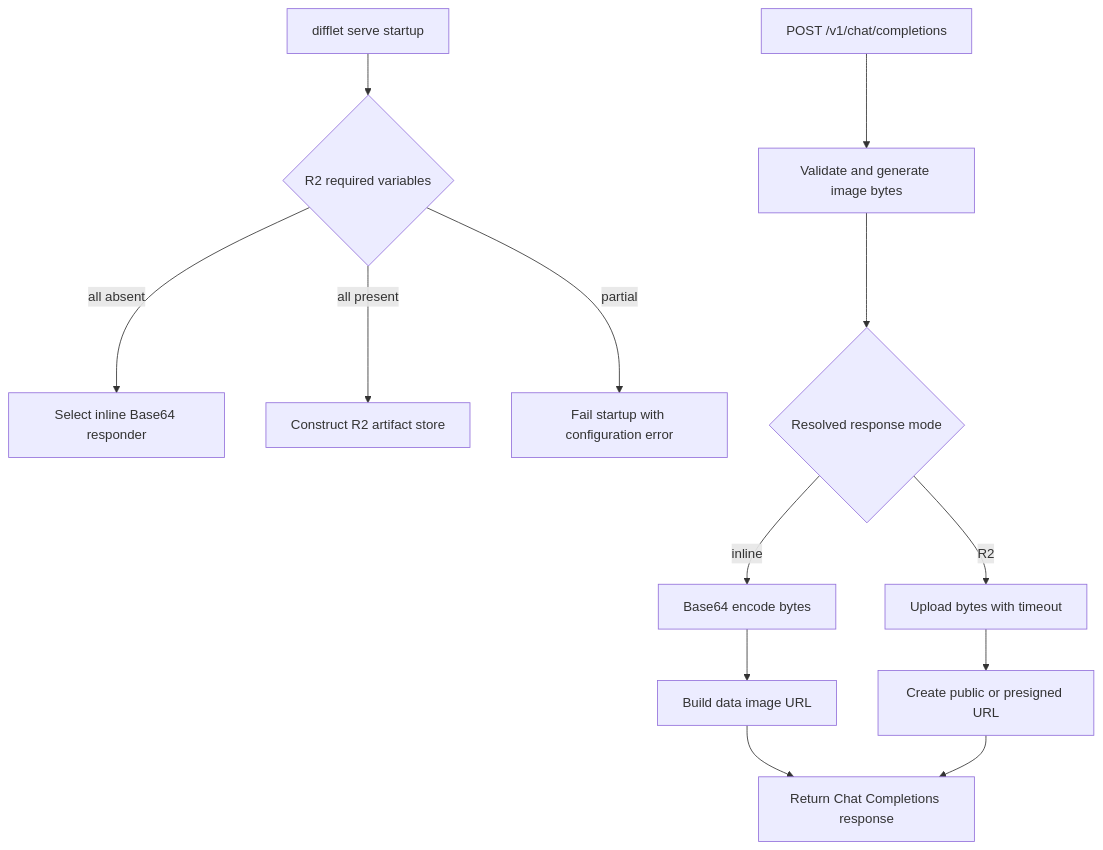
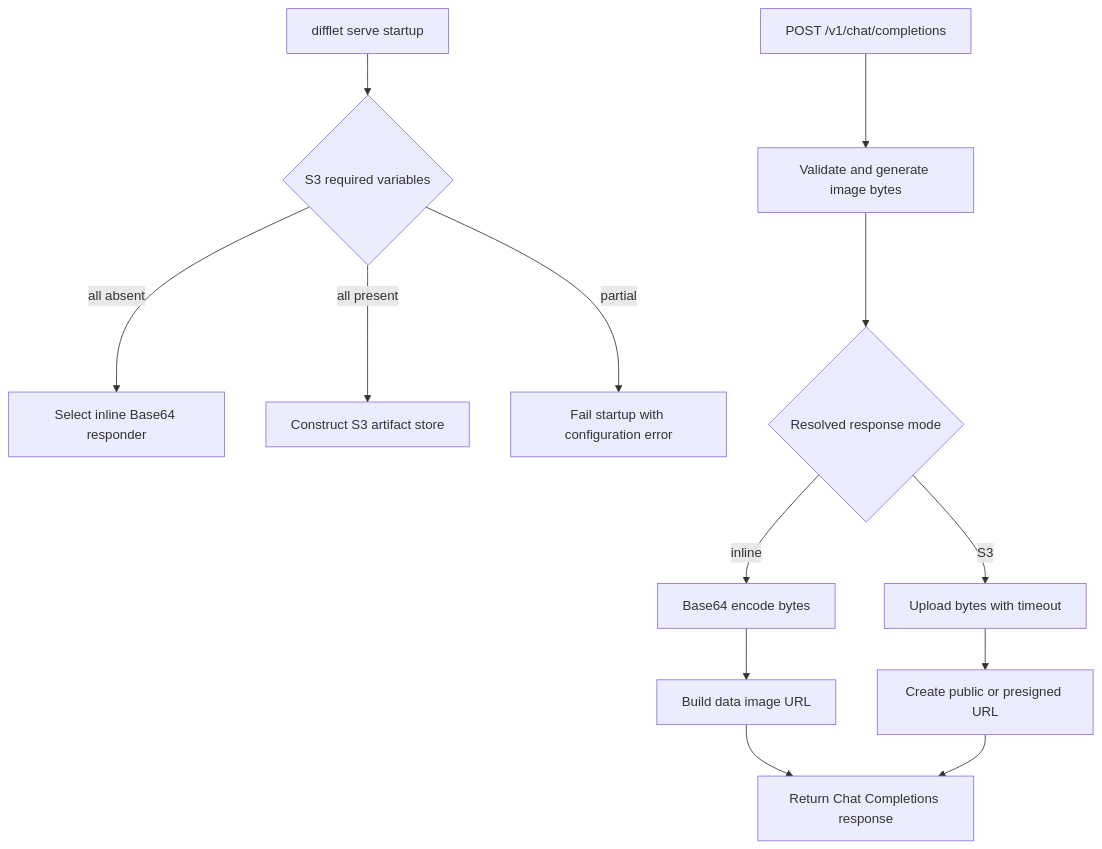
Before and after one commit to ai-decentralized/Difflet: the diagram in docs/plans/2026-07-14-image-serving-response.md, drawn with Mermaid. The commit also changed other lines of this file and 10 other files, not shown here.

````diff
--- a/docs/plans/2026-07-14-image-serving-response.md
+++ b/docs/plans/2026-07-14-image-serving-response.md
@@ -334,16 +337,16 @@
 ```mermaid
 flowchart TD
-    A[difflet serve startup] --> B{R2 required variables}
+    A[difflet serve startup] --> B{S3 required variables}
     B -->|all absent| C[Select inline Base64 responder]
-    B -->|all present| D[Construct R2 artifact store]
+    B -->|all present| D[Construct S3 artifact store]
     B -->|partial| E[Fail startup with configuration error]
 
     F[POST /v1/chat/completions] --> G[Validate and generate image bytes]
     G --> H{Resolved response mode}
     H -->|inline| I[Base64 encode bytes]
     I --> J[Build data image URL]
-    H -->|R2| K[Upload bytes with timeout]
+    H -->|S3| K[Upload bytes with timeout]
     K --> L[Create public or presigned URL]
     J --> M[Return Chat Completions response]
     L --> M
 ```
````
